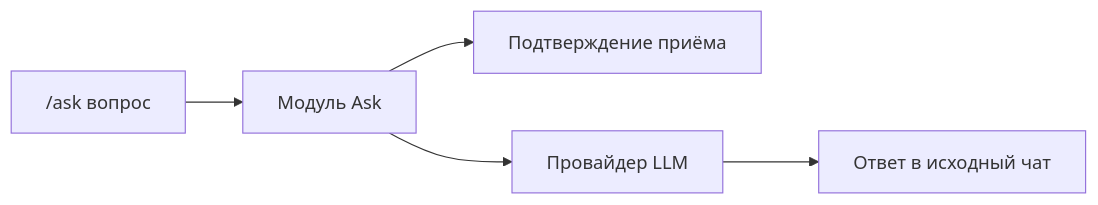
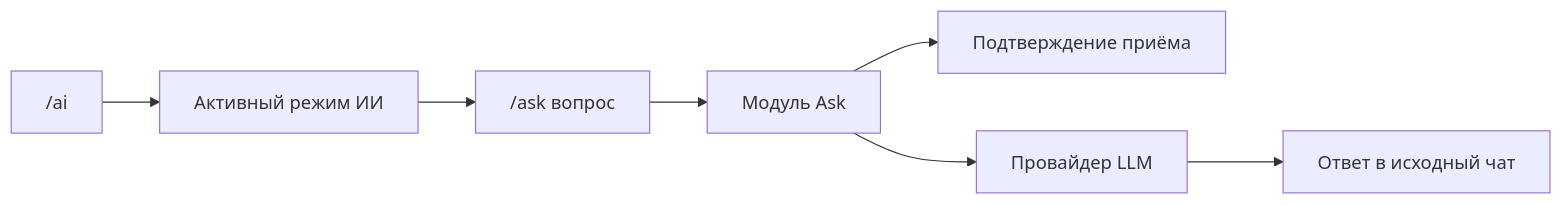
Before and after one commit to karateka-git/compadre-assistant: the second of 3 diagrams in README.md, drawn with Mermaid. The commit also changed other lines of this file and 8 other files, not shown here.

````diff
--- a/README.md
+++ b/README.md
@@ -63,7 +64,9 @@
 ```mermaid
 flowchart LR
-    Question["/ask вопрос"] --> Ask[Модуль Ask]
+    Enter["/ai"] --> Mode[Активный режим ИИ]
+    Mode --> Question["/ask вопрос"]
+    Question --> Ask[Модуль Ask]
     Ask --> Ack[Подтверждение приёма]
     Ask --> LLM[Провайдер LLM]
     LLM --> Answer[Ответ в исходный чат]
 ```
````
